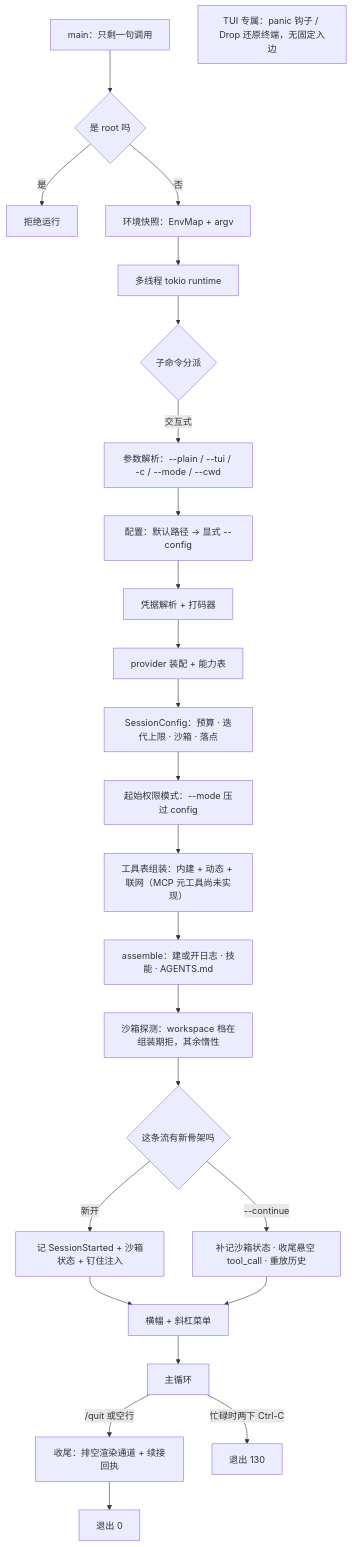
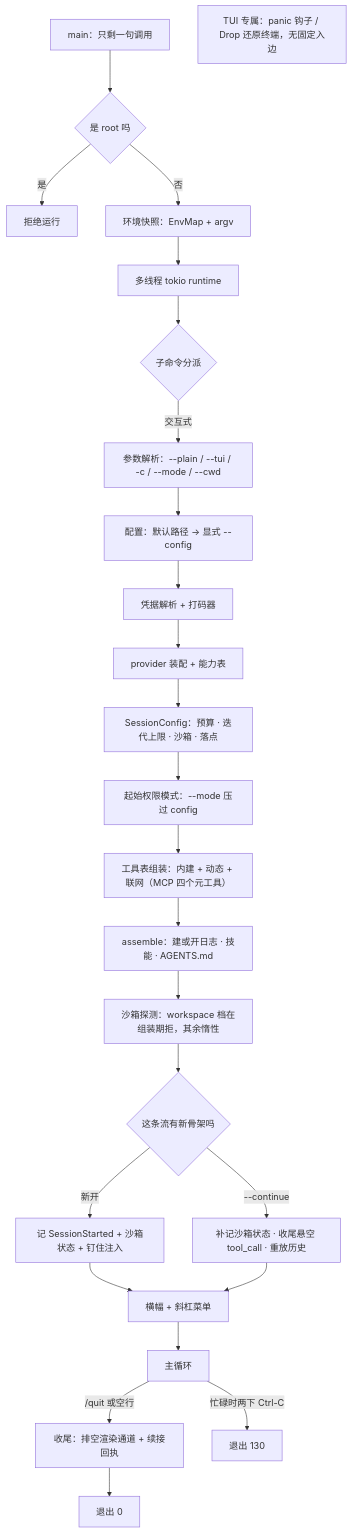
Before and after one commit to fortystory/fs-agent: the second of 5 diagrams in docs/lifecycle.md, drawn with Mermaid. The commit also changed other lines of this file and 7 other files, not shown here.

````diff
--- a/docs/lifecycle.md
+++ b/docs/lifecycle.md
@@ -182,51 +183,51 @@
 ```mermaid
 flowchart TD
     main[main：只剩一句调用]
     root{是 root 吗}
     refuse[拒绝运行]
     env[环境快照：EnvMap + argv]
     rt[多线程 tokio runtime]
     cmd{子命令分派}
     parse[参数解析：--plain / --tui / -c / --mode / --cwd]
     cfg[配置：默认路径 → 显式 --config]
     red[凭据解析 + 打码器]
     prov[provider 装配 + 能力表]
     scfg[SessionConfig：预算 · 迭代上限 · 沙箱 · 落点]
     mode[起始权限模式：--mode 压过 config]
-    tools[工具表组装：内建 + 动态 + 联网（MCP 元工具尚未实现）]
+    tools[工具表组装：内建 + 动态 + 联网（MCP 四个元工具）]
     open[assemble：建或开日志 · 技能 · AGENTS.md]
     probe[沙箱探测：workspace 档在组装期拒，其余惰性]
     kind{这条流有新骨架吗}
     skel[记 SessionStarted + 沙箱状态 + 钉住注入]
     resume[补记沙箱状态 · 收尾悬空 tool_call · 重放历史]
     banner[横幅 + 斜杠菜单]
     loop[主循环]
     quit[收尾：排空渲染通道 + 续接回执]
     ok[退出 0]
     cc[退出 130]
     panic[TUI 专属：panic 钩子 / Drop 还原终端，无固定入边]
 
     main --> root
     root -->|是| refuse
     root -->|否| env
     env --> rt
     rt --> cmd
     cmd -->|交互式| parse
     parse --> cfg
     cfg --> red
     red --> prov
     prov --> scfg
     scfg --> mode
     mode --> tools
     tools --> open
     open --> probe
     probe --> kind
     kind -->|新开| skel
     kind -->|--continue| resume
     skel --> banner
     resume --> banner
     banner --> loop
     loop -->|/quit 或空行| quit
     loop -->|忙碌时两下 Ctrl-C| cc
     quit --> ok
 ```
````
